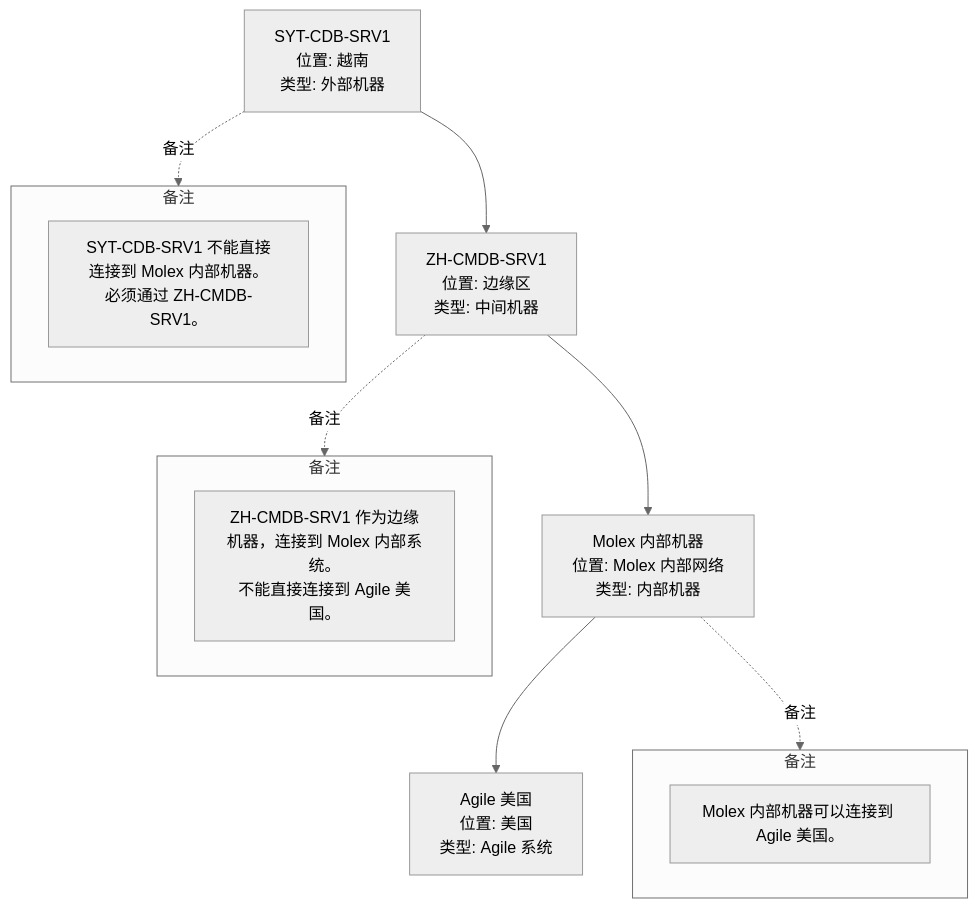
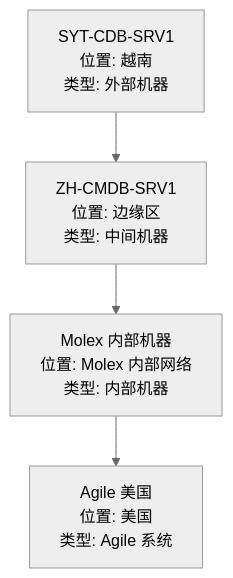
The diagram in all/未命名-3.md (Jack-messi/iodraw-files), drawn with Mermaid (neutral theme) before and after one commit.

Commit message:
2024-12-12 08:54:06 update

````diff
--- a/all/未命名-3.md
+++ b/all/未命名-3.md
@@ -1,23 +1,10 @@
 ```mermaid
 graph TD
     A[SYT-CDB-SRV1<br>位置: 越南<br>类型: 外部机器] --> B[ZH-CMDB-SRV1<br>位置: 边缘区<br>类型: 中间机器]
     B --> C[Molex 内部机器<br>位置: Molex 内部网络<br>类型: 内部机器]
     C --> D[Agile 美国<br>位置: 美国<br>类型: Agile 系统]
 
-    subgraph Note1 [备注]
-        direction LR
-        A1[SYT-CDB-SRV1 不能直接连接到 Molex 内部机器。<br>必须通过 ZH-CMDB-SRV1。]
-    end
-    subgraph Note2 [备注]
-        direction LR
-        B1[ZH-CMDB-SRV1 作为边缘机器，连接到 Molex 内部系统。<br>不能直接连接到 Agile 美国。]
-    end
-    subgraph Note3 [备注]
-        direction LR
-        C1[Molex 内部机器可以连接到 Agile 美国。]
-    end
 
-    A -.->|备注| Note1
-    B -.->|备注| Note2
-    C -.->|备注| Note3
+
+
 ```
````
